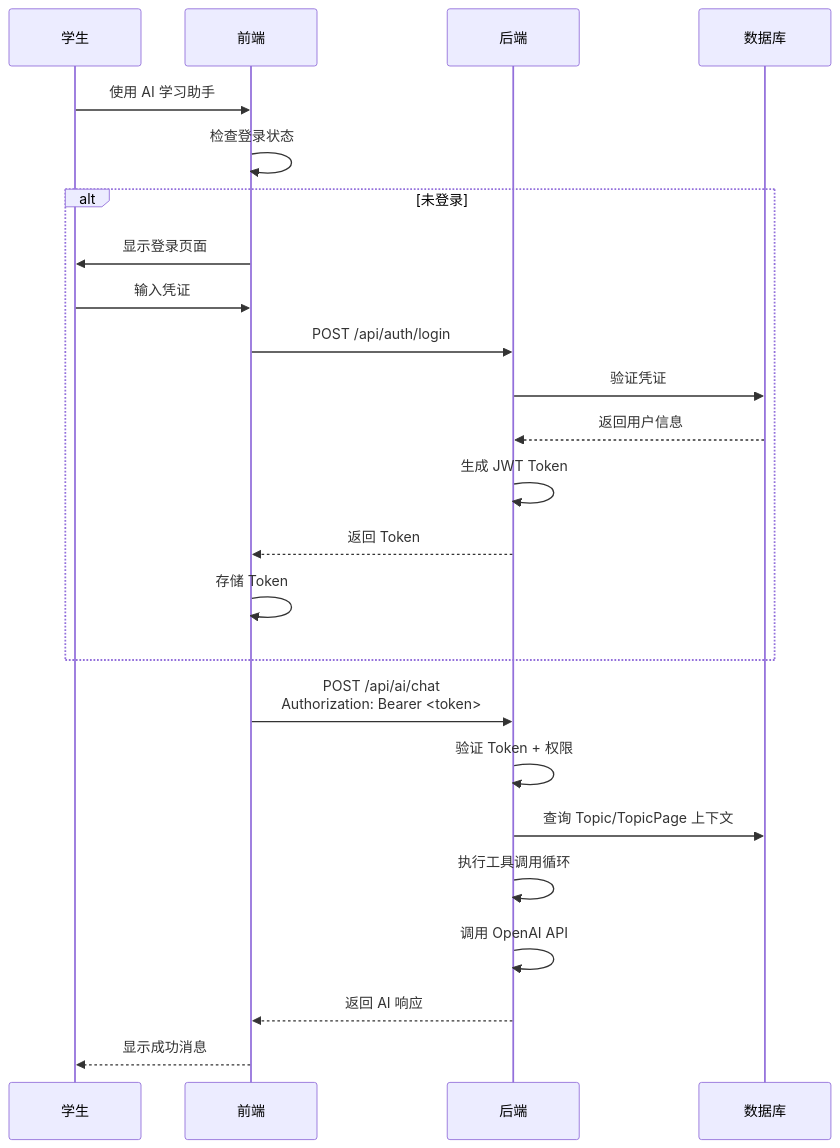
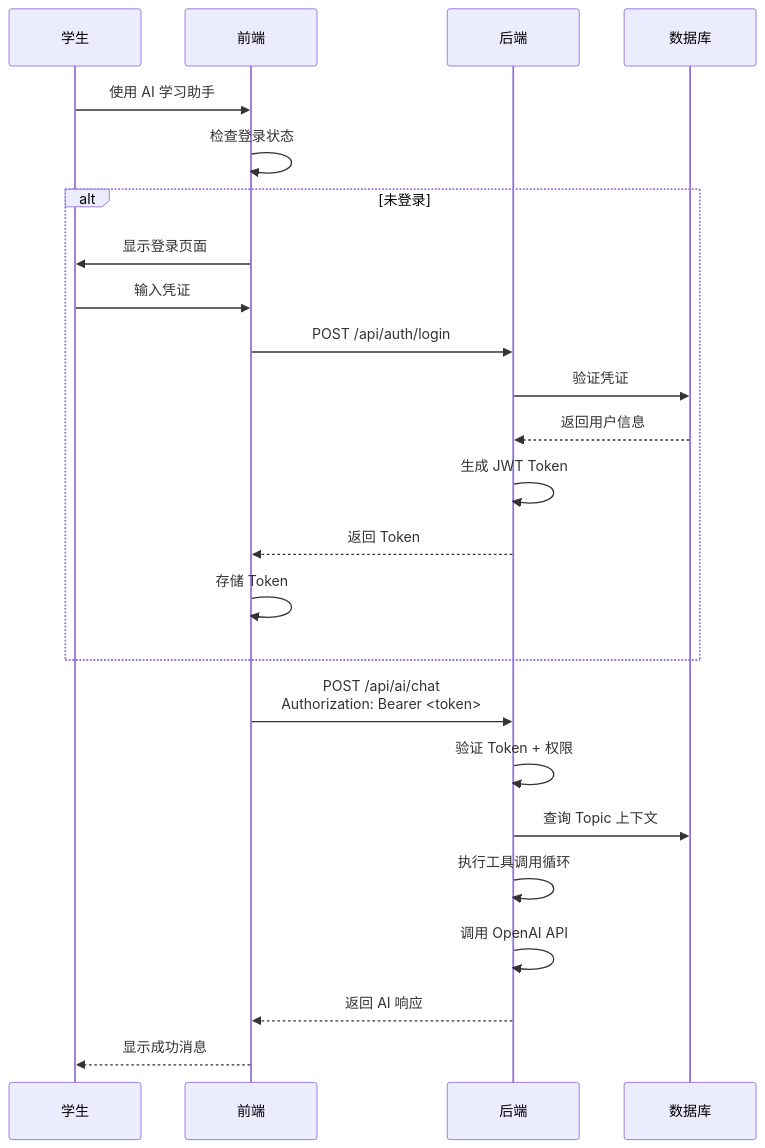
Before and after one commit to a48zhang/web-learn: the third of 3 diagrams in docs/spec/architecture.md, drawn with Mermaid. The commit also changed other lines of this file and 17 other files, not shown here.

First line of the commit message:
refactor: split spec docs by microservice, remove TopicPage dead code

````diff
--- a/docs/spec/architecture.md
+++ b/docs/spec/architecture.md
@@ -258,27 +159,27 @@
 ```mermaid
 sequenceDiagram
     participant 学生
     participant 前端
     participant 后端
     participant 数据库
 
     学生->>前端: 使用 AI 学习助手
     前端->>前端: 检查登录状态
     alt 未登录
         前端->>学生: 显示登录页面
         学生->>前端: 输入凭证
         前端->>后端: POST /api/auth/login
         后端->>数据库: 验证凭证
         数据库-->>后端: 返回用户信息
         后端->>后端: 生成 JWT Token
         后端-->>前端: 返回 Token
         前端->>前端: 存储 Token
     end
     前端->>后端: POST /api/ai/chat<br/>Authorization: Bearer <token>
     后端->>后端: 验证 Token + 权限
-    后端->>数据库: 查询 Topic/TopicPage 上下文
+    后端->>数据库: 查询 Topic 上下文
     后端->>后端: 执行工具调用循环
     后端->>后端: 调用 OpenAI API
     后端-->>前端: 返回 AI 响应
     前端-->>学生: 显示成功消息
 ```
````
